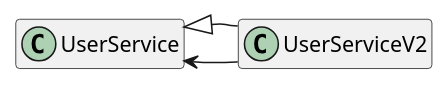
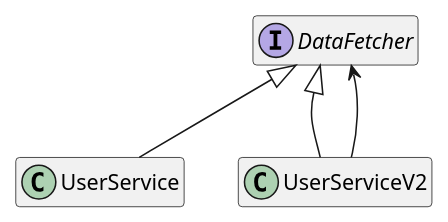
One commit to leonsant/javadesignpatterns changed the diagram in decorator/diagram.puml. Above: the diagram before and after it, drawn with PlantUML. The commit also changed 3 other files, not shown here.

```diff
--- a/decorator/diagram.puml
+++ b/decorator/diagram.puml
@@ -1,12 +1,14 @@
 @startuml
 'https://plantuml.com/class-diagram
 
 hide empty members
 
 class UserService
 class UserServiceV2
+interface DataFetcher
 
-UserService <- UserServiceV2
-UserService <|-- UserServiceV2
+DataFetcher <|-- UserService
+DataFetcher <|-- UserServiceV2
+DataFetcher <-- UserServiceV2
 
 @enduml
```
